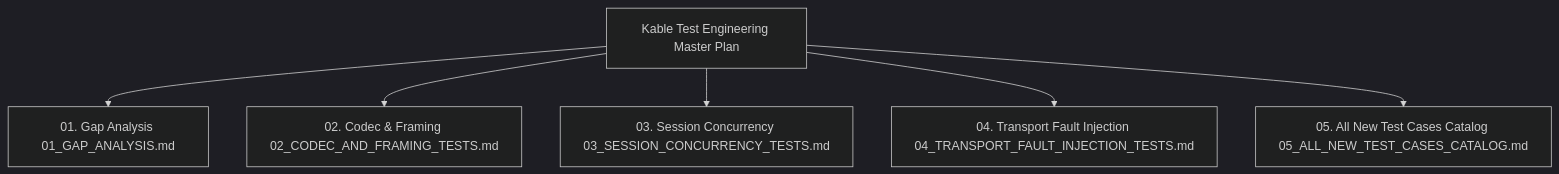
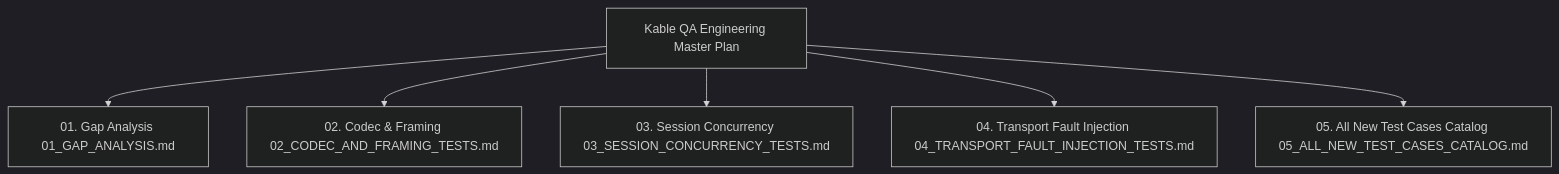
The diagram in docs/qa_test_engineering/INDEX.md (jaon13/Kable), drawn with Mermaid (dark theme) before and after one commit. The commit also changed other lines of this file and 5 other files, not shown here.

Commit message:
docs(qa): establish deep test gap analysis and 32-scenario master test catalog

````diff
--- a/docs/qa_test_engineering/INDEX.md
+++ b/docs/qa_test_engineering/INDEX.md
@@ -15,8 +19,8 @@
 ```mermaid
 graph TD
-    Root[Kable Test Engineering Master Plan] --> Doc1[01. Gap Analysis 01_GAP_ANALYSIS.md]
+    Root[Kable QA Engineering Master Plan] --> Doc1[01. Gap Analysis 01_GAP_ANALYSIS.md]
     Root --> Doc2[02. Codec & Framing 02_CODEC_AND_FRAMING_TESTS.md]
     Root --> Doc3[03. Session Concurrency 03_SESSION_CONCURRENCY_TESTS.md]
     Root --> Doc4[04. Transport Fault Injection 04_TRANSPORT_FAULT_INJECTION_TESTS.md]
     Root --> Doc5[05. All New Test Cases Catalog 05_ALL_NEW_TEST_CASES_CATALOG.md]
 ```
````
